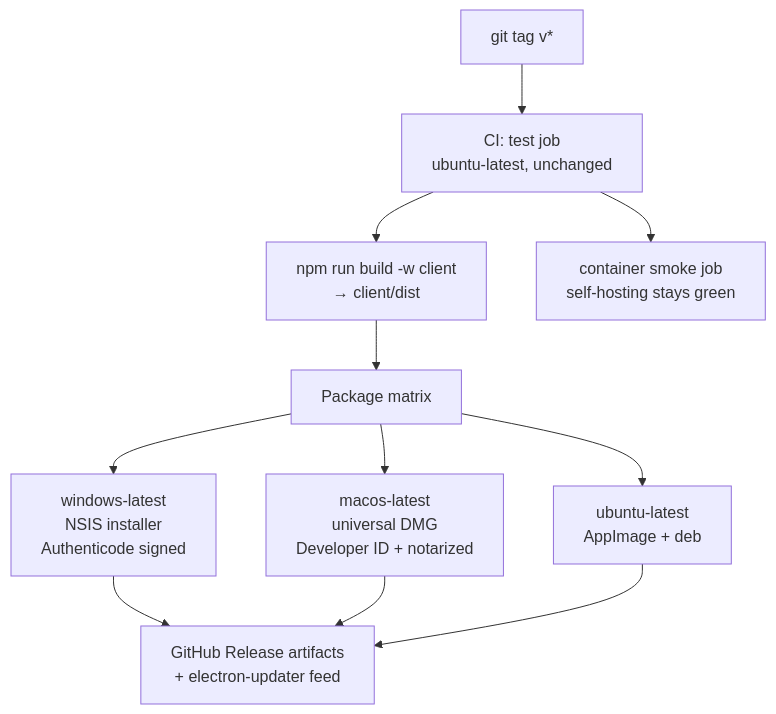
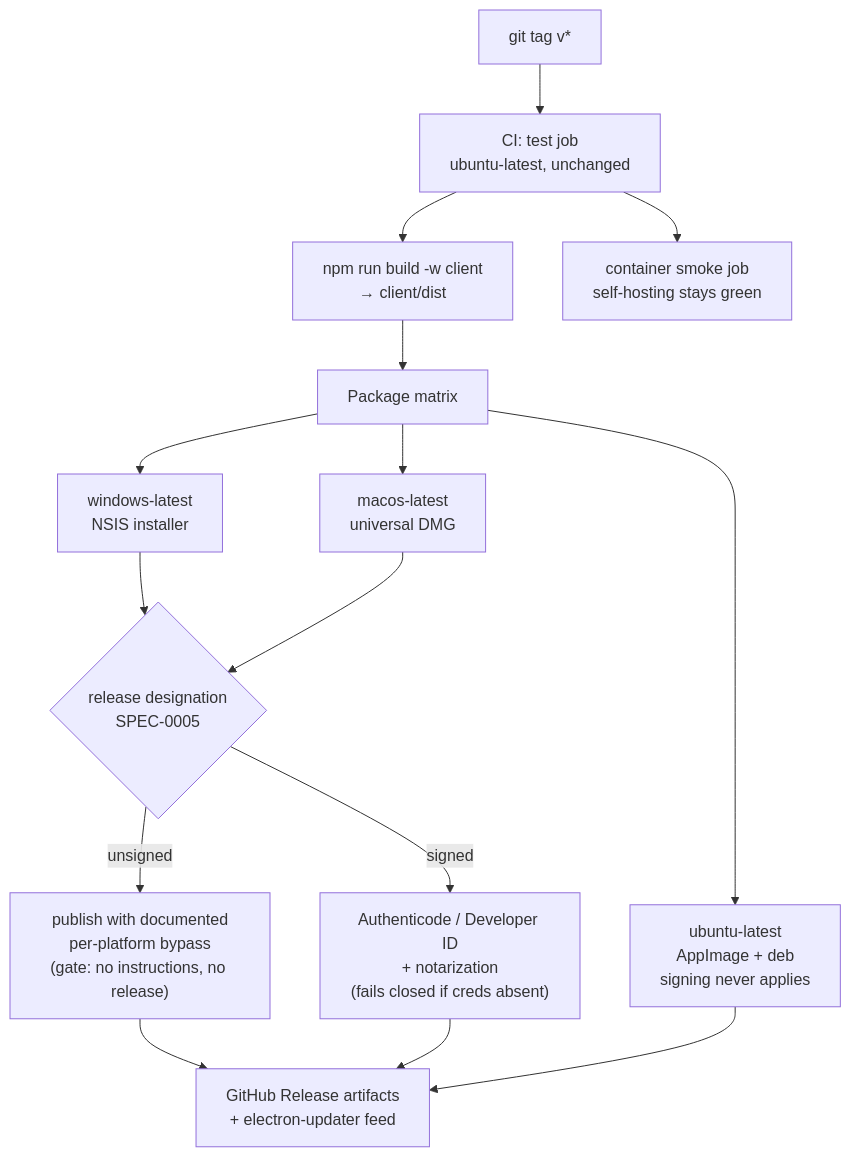
One commit to jonstump/the-outfitter changed the second of 2 diagrams in docs/adrs/ADR-0008-desktop-app-packaging.md. Above: the diagram before and after it, drawn with Mermaid. The commit also changed other lines of this file and 1 other file, not shown here.

````diff
--- a/docs/adrs/ADR-0008-desktop-app-packaging.md
+++ b/docs/adrs/ADR-0008-desktop-app-packaging.md
@@ -371,13 +375,17 @@
 ```mermaid
 graph TD
     TAG["git tag v*"] --> TEST["CI: test job<br/>ubuntu-latest, unchanged"]
     TEST --> BUILD["npm run build -w client<br/>→ client/dist"]
     BUILD --> M["Package matrix"]
-    M --> W["windows-latest<br/>NSIS installer<br/>Authenticode signed"]
-    M --> A["macos-latest<br/>universal DMG<br/>Developer ID + notarized"]
-    M --> L["ubuntu-latest<br/>AppImage + deb"]
-    W --> REL["GitHub Release artifacts<br/>+ electron-updater feed"]
-    A --> REL
+    M --> W["windows-latest<br/>NSIS installer"]
+    M --> A["macos-latest<br/>universal DMG"]
+    M --> L["ubuntu-latest<br/>AppImage + deb<br/>signing never applies"]
+    W --> D{"release designation<br/>SPEC-0005"}
+    A --> D
+    D -->|unsigned| U["publish with documented<br/>per-platform bypass<br/>(gate: no instructions, no release)"]
+    D -->|signed| S["Authenticode / Developer ID<br/>+ notarization<br/>(fails closed if creds absent)"]
+    U --> REL["GitHub Release artifacts<br/>+ electron-updater feed"]
+    S --> REL
     L --> REL
     TEST --> DOCK["container smoke job<br/>self-hosting stays green"]
 ```
````
